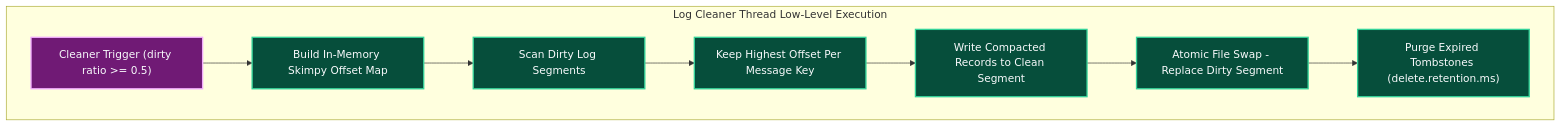
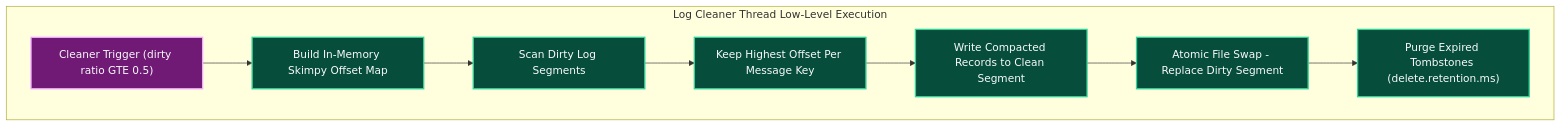
Diagram 20 of 48 in docs/configDoc/kafka-configuration-guide.md (Chief-Strategist-J/llm-obs-infra), drawn with Mermaid before and after one commit. The commit also changed other lines of this file, not shown here.

Commit message:
fix(docs): resolve all Mermaid diagram syntax and layout rendering issues in kafka configuration guide

````diff
--- a/docs/configDoc/kafka-configuration-guide.md
+++ b/docs/configDoc/kafka-configuration-guide.md
@@ -1515,19 +1526,19 @@
 ```mermaid
 graph TB
     subgraph LogCleanerLLD ["Log Cleaner Thread Low-Level Execution"]
-        ScanTrigger["Cleaner Trigger (dirty ratio >= 0.5)"] --> BuildMap["Build In-Memory Skimpy Offset Map"]
+        ScanTrigger["Cleaner Trigger (dirty ratio GTE 0.5)"] --> BuildMap["Build In-Memory Skimpy Offset Map"]
         BuildMap --> ScanDirty["Scan Dirty Log Segments"]
         ScanDirty --> DedupeKeys["Keep Highest Offset Per Message Key"]
         DedupeKeys --> WriteClean["Write Compacted Records to Clean Segment"]
         WriteClean --> SwapSegments["Atomic File Swap - Replace Dirty Segment"]
         SwapSegments --> PurgeTombstones["Purge Expired Tombstones (delete.retention.ms)"]
     end
 
     style ScanTrigger fill:#701a75,stroke:#f0abfc,stroke-width:2px,color:#f8fafc
     style BuildMap fill:#064e3b,stroke:#34d399,stroke-width:2px,color:#f8fafc
     style ScanDirty fill:#064e3b,stroke:#34d399,stroke-width:2px,color:#f8fafc
     style DedupeKeys fill:#064e3b,stroke:#34d399,stroke-width:2px,color:#f8fafc
     style WriteClean fill:#064e3b,stroke:#34d399,stroke-width:2px,color:#f8fafc
     style SwapSegments fill:#064e3b,stroke:#34d399,stroke-width:2px,color:#f8fafc
     style PurgeTombstones fill:#064e3b,stroke:#34d399,stroke-width:2px,color:#f8fafc
 ```
````
